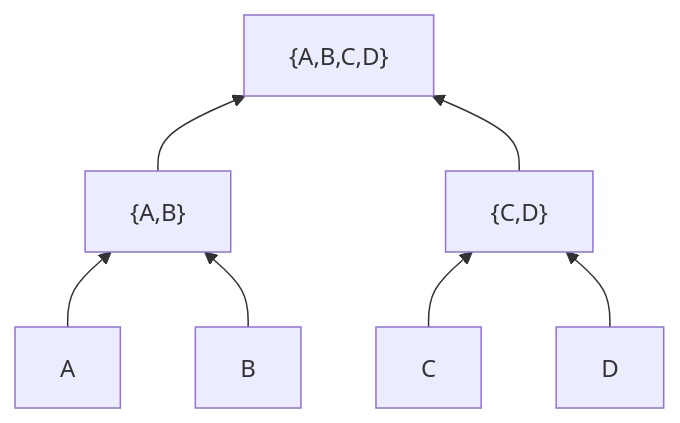
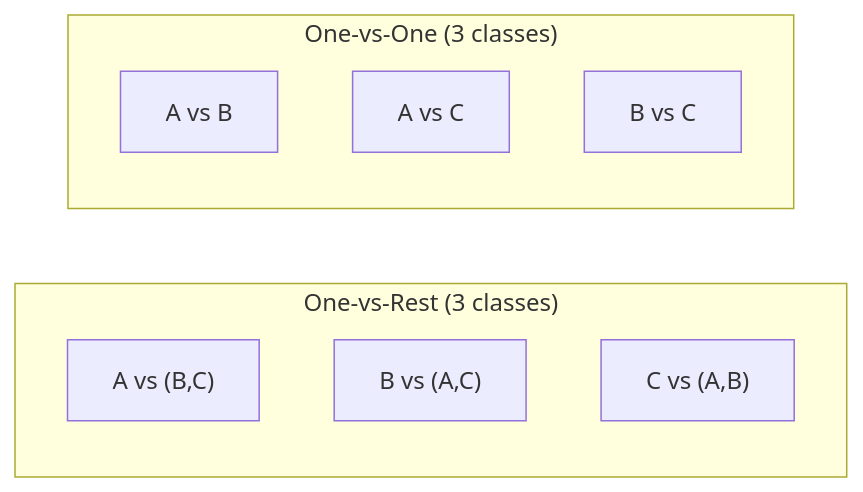
Before and after one commit to kader-xai/kader-xai.github.io: the second of 2 diagrams in ai-ml-encyclopedia/ch09.qmd, drawn with Mermaid. The commit also changed other lines of this file and 47 other files, not shown here.

````diff
--- a/ai-ml-encyclopedia/ch09.qmd
+++ b/ai-ml-encyclopedia/ch09.qmd
@@ -216,9 +408,13 @@
 ```{mermaid}
-flowchart BT
-    A["A"] --> AB["{A,B}"]
-    B["B"] --> AB
-    C["C"] --> CD["{C,D}"]
-    D["D"] --> CD
-    AB --> ABCD["{A,B,C,D}"]
-    CD --> ABCD
+graph LR
+  subgraph OvR["One-vs-Rest (3 classes)"]
+    A1["A vs (B,C)"]
+    A2["B vs (A,C)"]
+    A3["C vs (A,B)"]
+  end
+  subgraph OvO["One-vs-One (3 classes)"]
+    B1["A vs B"]
+    B2["A vs C"]
+    B3["B vs C"]
+  end
 ```
````
